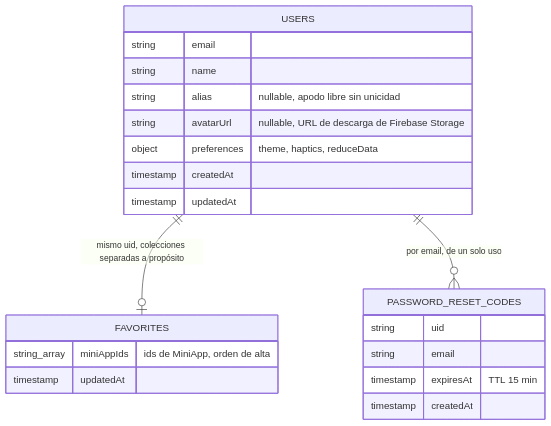
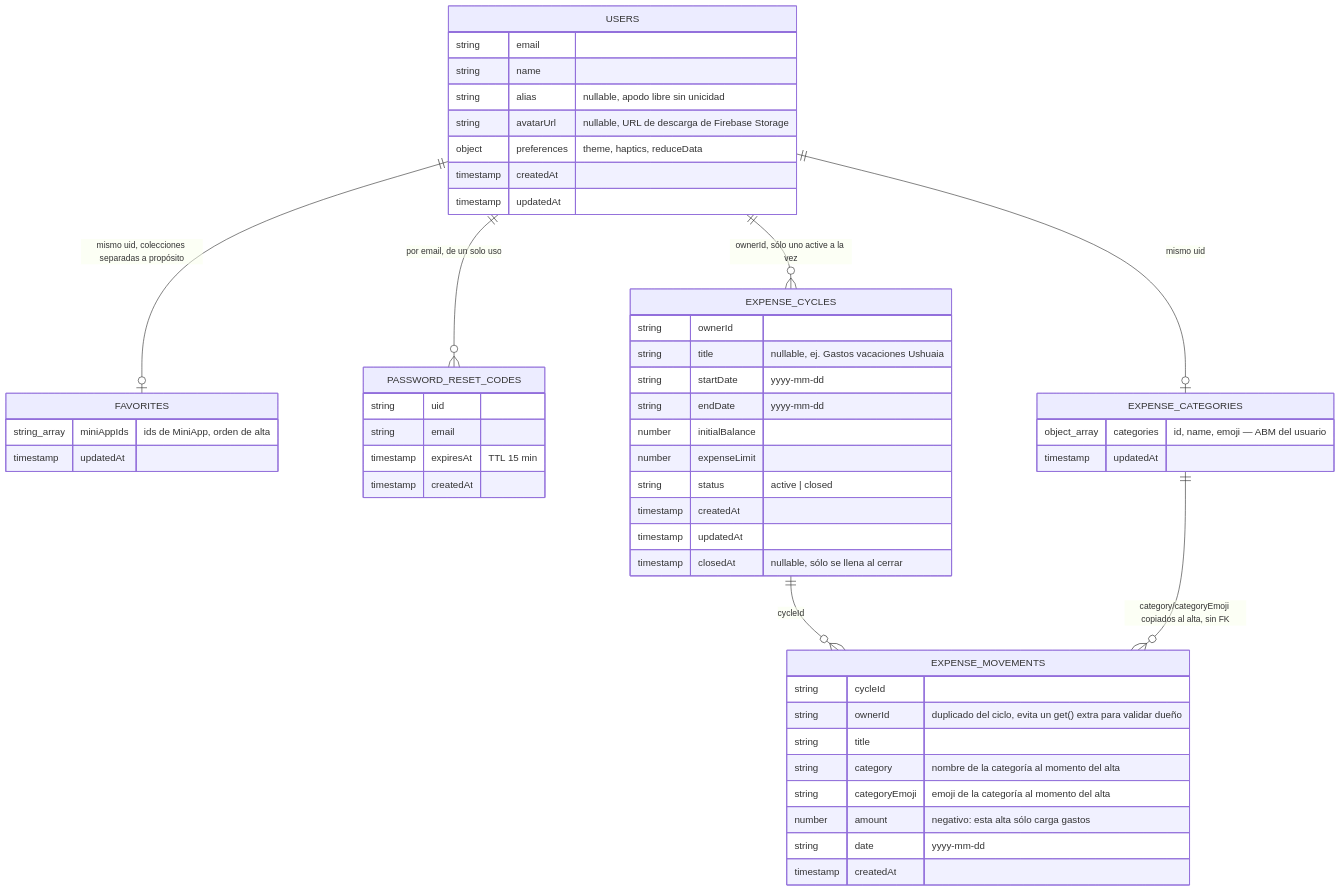
The first of 3 diagrams in docs/firestore-schema.md (EmaDev/maguita), drawn with Mermaid before and after one commit. The commit also changed other lines of this file and 32 other files, not shown here.

````diff
--- a/docs/firestore-schema.md
+++ b/docs/firestore-schema.md
@@ -21,24 +24,54 @@
 ```mermaid
 erDiagram
     USERS {
         string email
         string name
         string alias "nullable, apodo libre sin unicidad"
         string avatarUrl "nullable, URL de descarga de Firebase Storage"
         object preferences "theme, haptics, reduceData"
         timestamp createdAt
         timestamp updatedAt
     }
     FAVORITES {
         string_array miniAppIds "ids de MiniApp, orden de alta"
         timestamp updatedAt
     }
     PASSWORD_RESET_CODES {
         string uid
         string email
         timestamp expiresAt "TTL 15 min"
         timestamp createdAt
     }
+    EXPENSE_CYCLES {
+        string ownerId
+        string title "nullable, ej. Gastos vacaciones Ushuaia"
+        string startDate "yyyy-mm-dd"
+        string endDate "yyyy-mm-dd"
+        number initialBalance
+        number expenseLimit
+        string status "active | closed"
+        timestamp createdAt
+        timestamp updatedAt
+        timestamp closedAt "nullable, sólo se llena al cerrar"
+    }
+    EXPENSE_MOVEMENTS {
+        string cycleId
+        string ownerId "duplicado del ciclo, evita un get() extra para validar dueño"
+        string title
+        string category "nombre de la categoría al momento del alta"
+        string categoryEmoji "emoji de la categoría al momento del alta"
+        number amount "negativo: esta alta sólo carga gastos"
+        string date "yyyy-mm-dd"
+        timestamp createdAt
+    }
+    EXPENSE_CATEGORIES {
+        object_array categories "id, name, emoji — ABM del usuario"
+        timestamp updatedAt
+    }
     USERS ||--o| FAVORITES : "mismo uid, colecciones separadas a propósito"
     USERS ||--o{ PASSWORD_RESET_CODES : "por email, de un solo uso"
+    USERS ||--o{ EXPENSE_CYCLES : "ownerId, sólo uno active a la vez"
+    USERS ||--o| EXPENSE_CATEGORIES : "mismo uid"
+    EXPENSE_CYCLES ||--o{ EXPENSE_MOVEMENTS : "cycleId"
+    EXPENSE_CATEGORIES ||--o{ EXPENSE_MOVEMENTS : "category/categoryEmoji copiados al alta, sin FK"
 ```
````
